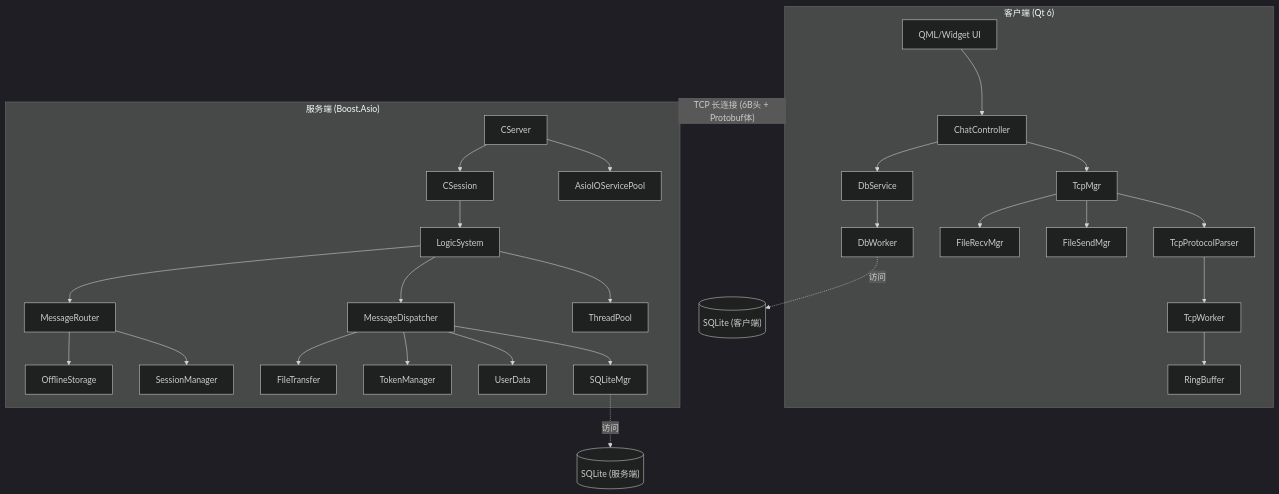
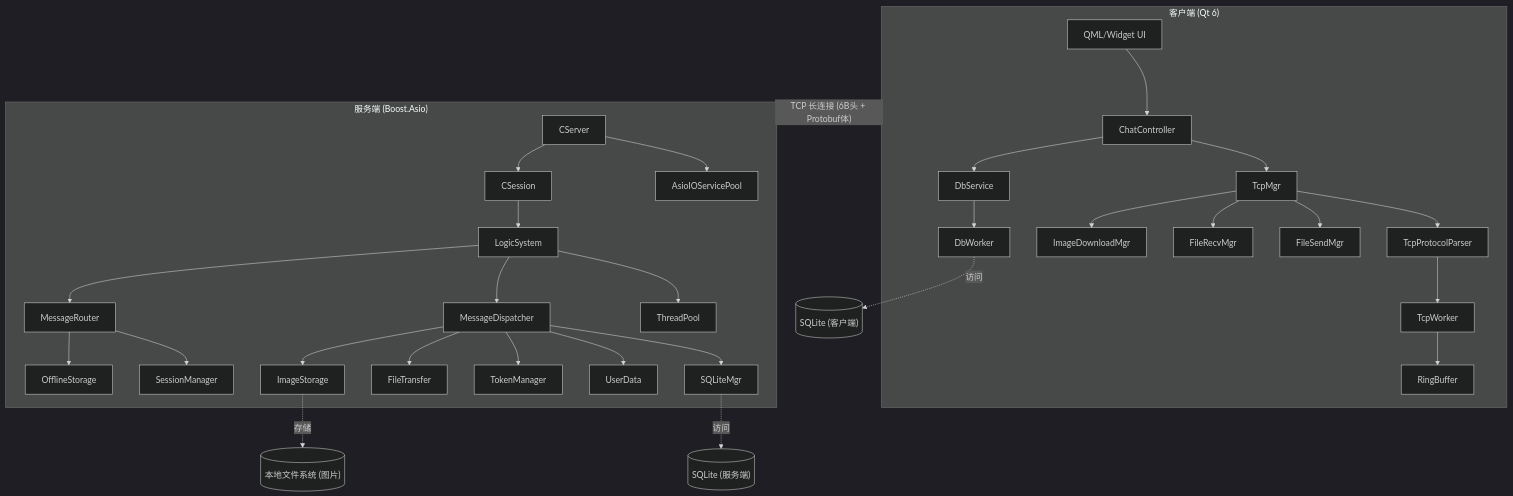
One commit to msrnnnnn/msrChat changed the diagram in README.md. Above: the diagram before and after it, drawn with Mermaid (dark theme). The commit also changed other lines of this file and 1 other file, not shown here.

````diff
--- a/README.md
+++ b/README.md
@@ -31,59 +36,64 @@
 ```mermaid
 graph TD
     subgraph Client["客户端 (Qt 6)"]
         UI["QML/Widget UI"]
         CC["ChatController"]
         TM["TcpMgr"]
         TPP["TcpProtocolParser"]
         TW["TcpWorker"]
         RB["RingBuffer"]
         FSM["FileSendMgr"]
         FRM["FileRecvMgr"]
+        IDM["ImageDownloadMgr"]
         DS["DbService"]
         DW["DbWorker"]
 
         UI --> CC
         CC --> TM
         TM --> TPP
         TPP --> TW
         TW --> RB
         TM --> FSM
         TM --> FRM
+        TM --> IDM
         CC --> DS
         DS --> DW
     end
 
     subgraph Server["服务端 (Boost.Asio)"]
         CS["CServer"]
         ASIOP["AsioIOServicePool"]
         TP["ThreadPool"]
         S["CSession"]
         SM["SessionManager"]
         LS["LogicSystem"]
         MD["MessageDispatcher"]
         MR["MessageRouter"]
         DB["SQLiteMgr"]
         UD["UserData"]
         OS["OfflineStorage"]
         TMGR["TokenManager"]
         FT["FileTransfer"]
+        IS["ImageStorage"]
 
         CS --> ASIOP
         CS --> S
         S --> LS
         LS --> TP
         LS --> MD
         LS --> MR
         MR --> SM
         MR --> OS
         MD --> DB
         MD --> UD
         MD --> TMGR
         MD --> FT
+        MD --> IS
     end
 
     Client -->|"TCP 长连接 (6B头 + Protobuf体)"| Server
 
     DB -.->|"访问"| SQLiteS[("SQLite (服务端)")]
     DW -.->|"访问"| SQLiteC[("SQLite (客户端)")]
+    IS -.->|"存储"| ImgFS[("本地文件系统 (图片)")]
 ```
````
